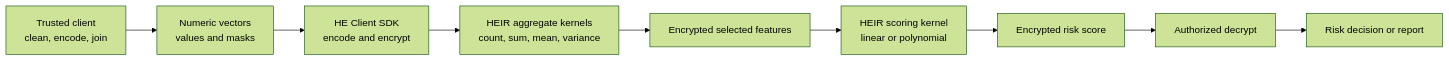
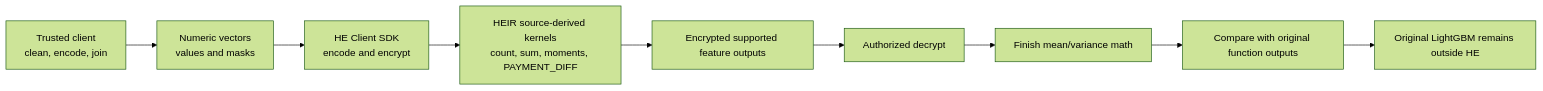
One commit to Nhatcao1/end2end_homecredit_lgbm changed the diagram in home_credit_lightgbm_heir_analysis.md. Above: the diagram before and after it, drawn with Mermaid (forest theme). The commit also changed other lines of this file and 1 other file, not shown here.

Commit message:
Restrict HEIR plan to source operations

````diff
--- a/home_credit_lightgbm_heir_analysis.md
+++ b/home_credit_lightgbm_heir_analysis.md
@@ -505,11 +513,11 @@
 ```mermaid
 flowchart LR
     A["Trusted client<br/>clean, encode, join"] --> B["Numeric vectors<br/>values and masks"]
     B --> C["HE Client SDK<br/>encode and encrypt"]
-    C --> D["HEIR aggregate kernels<br/>count, sum, mean, variance"]
-    D --> E["Encrypted selected features"]
-    E --> F["HEIR scoring kernel<br/>linear or polynomial"]
-    F --> G["Encrypted risk score"]
-    G --> H["Authorized decrypt"]
-    H --> I["Risk decision or report"]
+    C --> D["HEIR source-derived kernels<br/>count, sum, moments, PAYMENT_DIFF"]
+    D --> E["Encrypted supported feature outputs"]
+    E --> F["Authorized decrypt"]
+    F --> G["Finish mean/variance math"]
+    G --> H["Compare with original function outputs"]
+    H --> I["Original LightGBM remains outside HE"]
 ```
````
